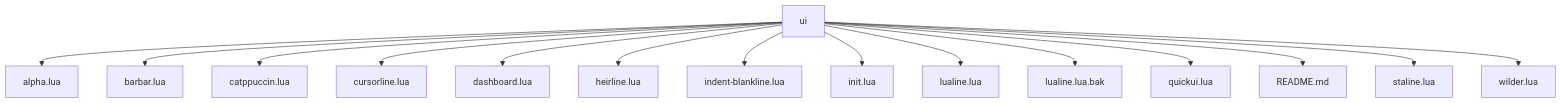
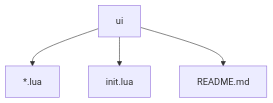
Before and after one commit to the-essence-of-life/sparenvim: the fourth of 7 diagrams in README.md, drawn with Mermaid. The commit also changed other lines of this file, not shown here.

````diff
--- a/README.md
+++ b/README.md
@@ -219,17 +220,6 @@
 ```mermaid
 flowchart TB;
-    ui-->alpha.lua;
-    ui-->barbar.lua;
-    ui-->catppuccin.lua;
-    ui-->cursorline.lua;
-    ui-->dashboard.lua;
-    ui-->heirline.lua;
-    ui-->indent-blankline.lua;
+    ui-->*.lua;
     ui-->init.lua;
-    ui-->lualine.lua;
-    ui-->lualine.lua.bak;
-    ui-->quickui.lua;
     ui-->README.md;
-    ui-->staline.lua;
-    ui-->wilder.lua;
 ```
````
